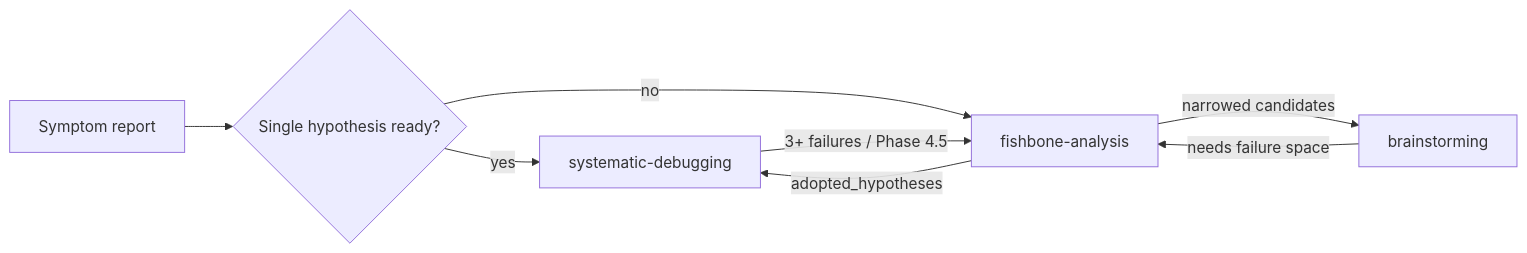
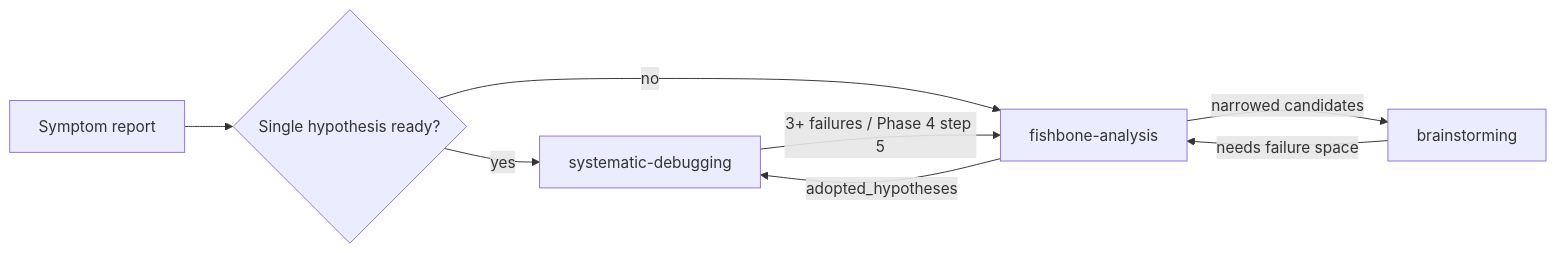
The diagram in skills/fishbone-analysis/SKILL.md (koseki2580/skills), drawn with Mermaid before and after one commit. The commit also changed other lines of this file and 1 other file, not shown here.

First line of the commit message:
fix(skills): 🐛 : align Phase 4.5 references with systematic-debugging structure

````diff
--- a/skills/fishbone-analysis/SKILL.md
+++ b/skills/fishbone-analysis/SKILL.md
@@ -119,10 +119,10 @@
 ```mermaid
 flowchart LR
   P[Symptom report] --> D{Single hypothesis ready?}
   D -- yes --> SD[systematic-debugging]
   D -- no --> FB[fishbone-analysis]
-  SD -- 3+ failures / Phase 4.5 --> FB
+  SD -- 3+ failures / Phase 4 step 5 --> FB
   FB -- adopted_hypotheses --> SD
   BS[brainstorming] -- needs failure space --> FB
   FB -- narrowed candidates --> BS
 ```
````
